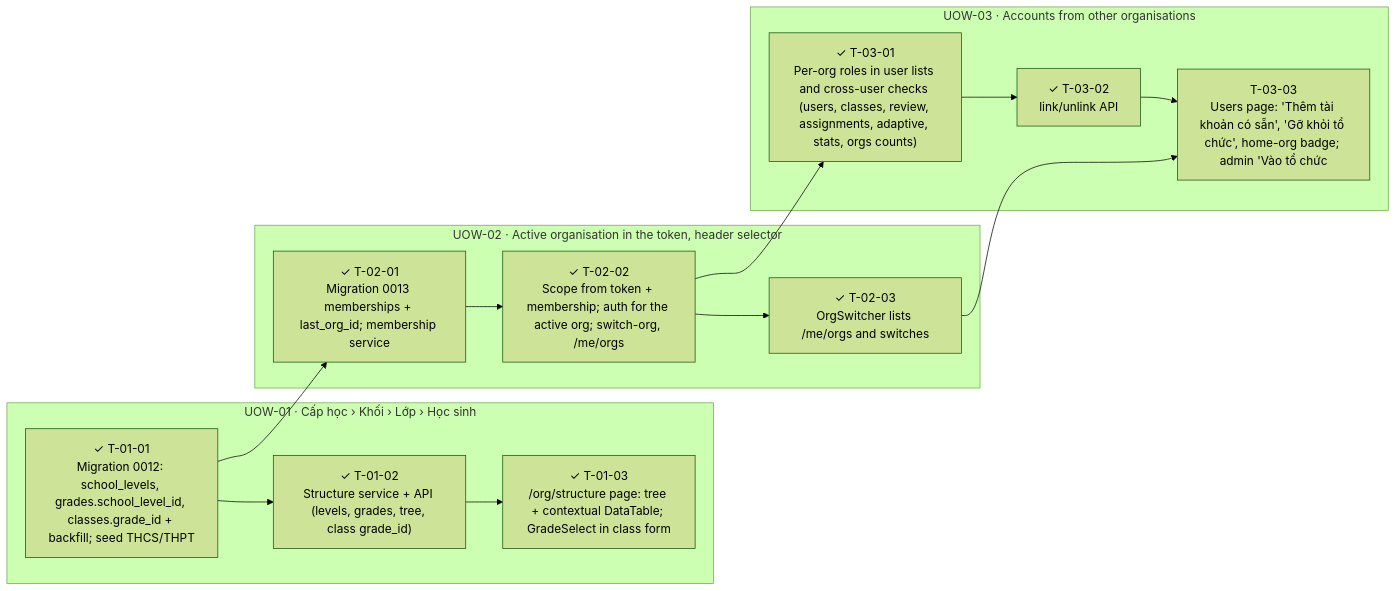
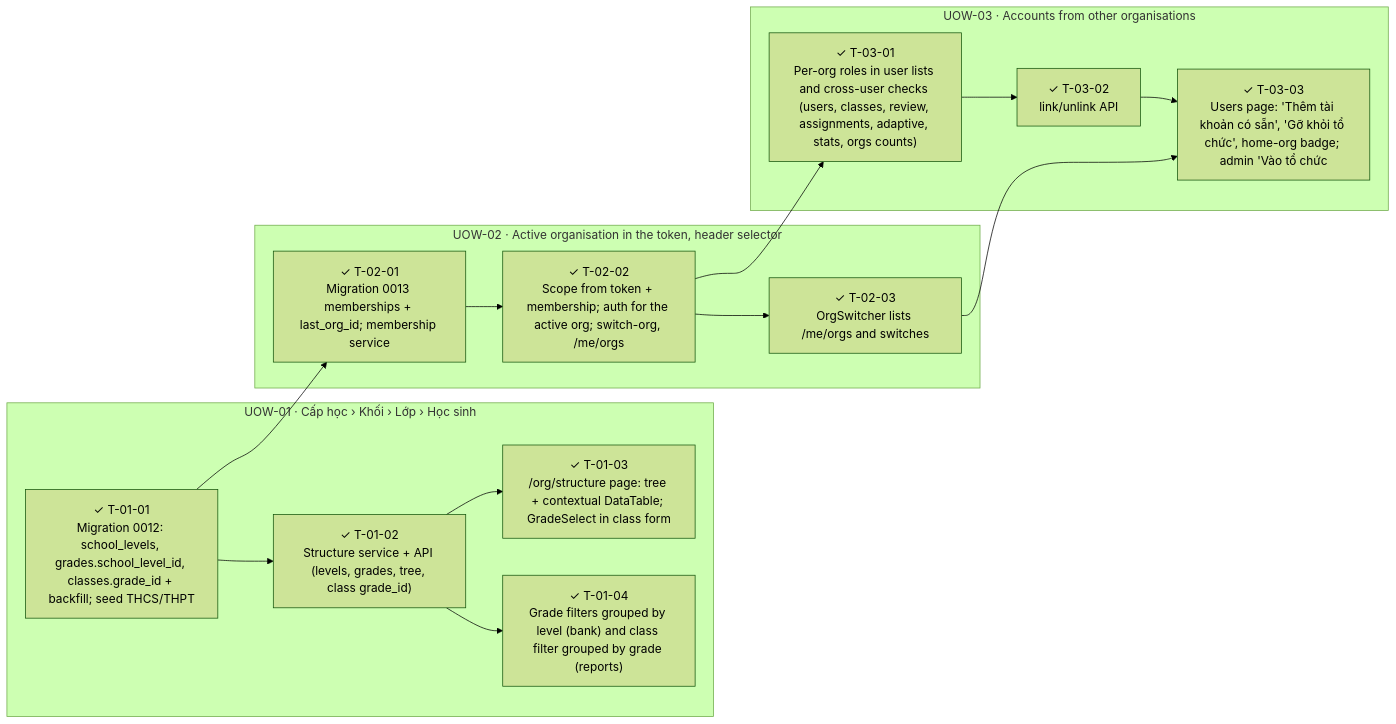
The diagram in .ai/features/2026092206-school-structure-multi-org/05-ticket-graph.md (LocTran12310/examind), drawn with Mermaid (forest theme) before and after one commit. The commit also changed other lines of this file and 21 other files, not shown here.

Commit message:
feat: accounts from other orgs in the Users page, 'Vào tổ chức', grade filters grouped by level

````diff
--- a/.ai/features/2026092206-school-structure-multi-org/05-ticket-graph.md
+++ b/.ai/features/2026092206-school-structure-multi-org/05-ticket-graph.md
@@ -24,27 +24,29 @@
 ```mermaid
 graph LR
   subgraph UOW_01["UOW-01 · Cấp học › Khối › Lớp › Học sinh"]
     T_01_01["✓ T-01-01<br/>Migration 0012: school_levels, grades.school_level_id, classes.grade_id + backfill; seed THCS/THPT"]
     T_01_02["✓ T-01-02<br/>Structure service + API (levels, grades, tree, class grade_id)"]
     T_01_03["✓ T-01-03<br/>/org/structure page: tree + contextual DataTable; GradeSelect in class form"]
+    T_01_04["✓ T-01-04<br/>Grade filters grouped by level (bank) and class filter grouped by grade (reports)"]
   end
   subgraph UOW_02["UOW-02 · Active organisation in the token, header selector"]
     T_02_01["✓ T-02-01<br/>Migration 0013 memberships + last_org_id; membership service"]
     T_02_02["✓ T-02-02<br/>Scope from token + membership; auth for the active org; switch-org, /me/orgs"]
     T_02_03["✓ T-02-03<br/>OrgSwitcher lists /me/orgs and switches"]
   end
   subgraph UOW_03["UOW-03 · Accounts from other organisations"]
     T_03_01["✓ T-03-01<br/>Per-org roles in user lists and cross-user checks (users, classes, review, assignments, adaptive, stats, orgs counts)"]
     T_03_02["✓ T-03-02<br/>link/unlink API"]
-    T_03_03["T-03-03<br/>Users page: 'Thêm tài khoản có sẵn', 'Gỡ khỏi tổ chức', home-org badge; admin 'Vào tổ chức"]
+    T_03_03["✓ T-03-03<br/>Users page: 'Thêm tài khoản có sẵn', 'Gỡ khỏi tổ chức', home-org badge; admin 'Vào tổ chức"]
   end
   T_01_01 --> T_01_02
   T_01_02 --> T_01_03
+  T_01_02 --> T_01_04
   T_01_01 --> T_02_01
   T_02_01 --> T_02_02
   T_02_02 --> T_02_03
   T_02_02 --> T_03_01
   T_03_01 --> T_03_02
   T_03_02 --> T_03_03
   T_02_03 --> T_03_03
 ```
````
